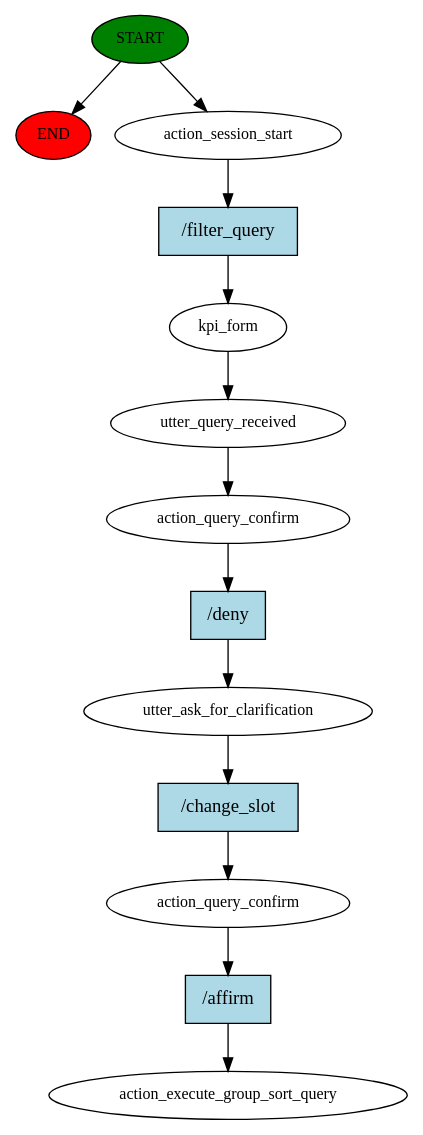
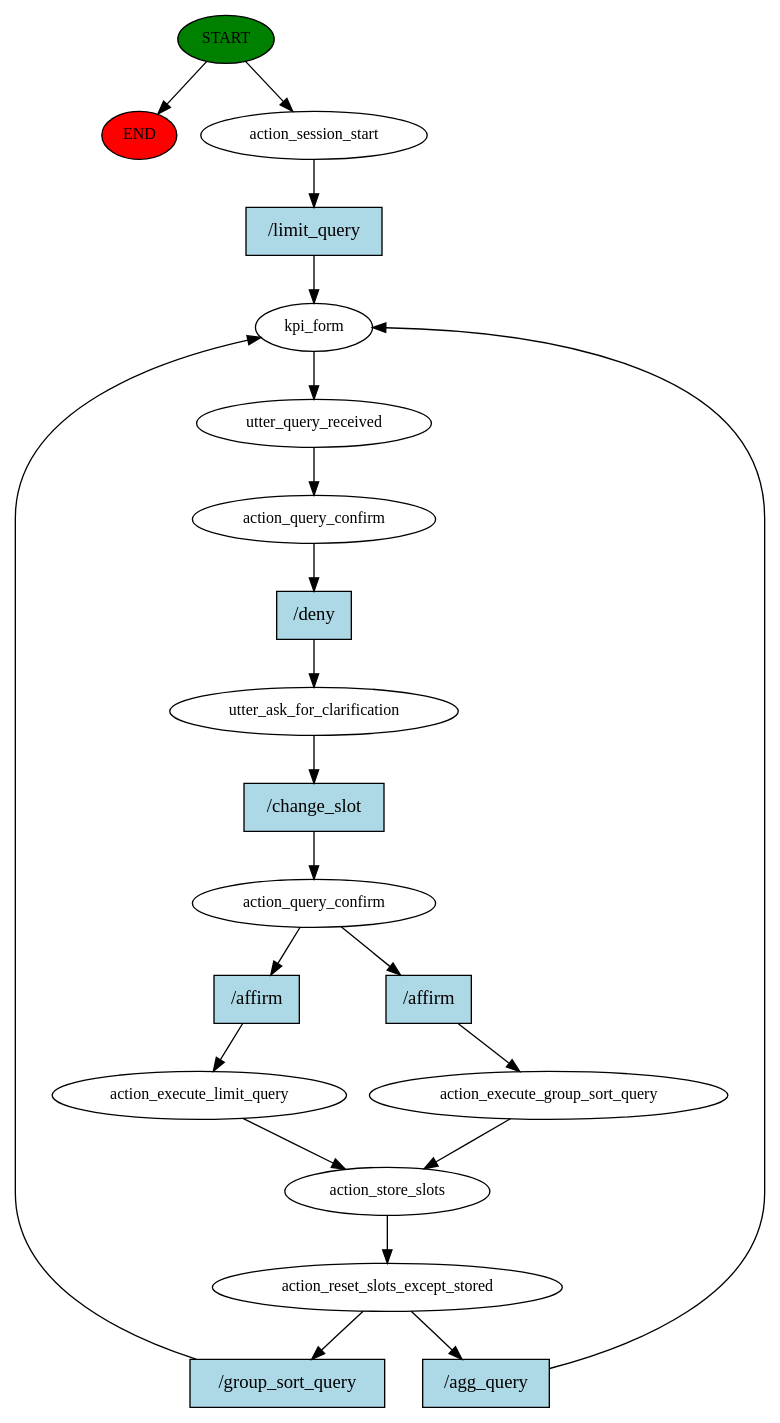
Before and after one commit to yuqiong11/kpichat: the diagram in story_graph.dot, drawn with Graphviz. The commit also changed 21 other files, not shown here.

```diff
--- a/story_graph.dot
+++ b/story_graph.dot
@@ -1,27 +1,42 @@
 digraph  {
 0 [class="start active", fillcolor=green, fontsize=12, label=START, style=filled];
 "-1" [class=end, fillcolor=red, fontsize=12, label=END, style=filled];
 1 [class=active, fontsize=12, label=action_session_start];
 2 [class=active, fontsize=12, label=kpi_form];
 3 [class=active, fontsize=12, label=utter_query_received];
 4 [class=active, fontsize=12, label=action_query_confirm];
 5 [class=active, fontsize=12, label=utter_ask_for_clarification];
 6 [class=active, fontsize=12, label=action_query_confirm];
-7 [class="dashed active", fontsize=12, label=action_execute_group_sort_query];
-8 [class="intent active", fillcolor=lightblue, label="/filter_query", shape=rect, style=filled];
-9 [class="intent active", fillcolor=lightblue, label="/deny", shape=rect, style=filled];
-10 [class="intent active", fillcolor=lightblue, label="/change_slot", shape=rect, style=filled];
-11 [class="intent active", fillcolor=lightblue, label="/affirm", shape=rect, style=filled];
+7 [class=active, fontsize=12, label=action_execute_limit_query];
+8 [class=active, fontsize=12, label=action_store_slots];
+9 [class=active, fontsize=12, label=action_reset_slots_except_stored];
+15 [class="active dashed", fontsize=12, label=action_execute_group_sort_query];
+24 [class="intent active", fillcolor=lightblue, label="/limit_query", shape=rect, style=filled];
+25 [class="intent active", fillcolor=lightblue, label="/deny", shape=rect, style=filled];
+26 [class="intent active", fillcolor=lightblue, label="/change_slot", shape=rect, style=filled];
+27 [class="intent active", fillcolor=lightblue, label="/affirm", shape=rect, style=filled];
+28 [class="intent active", fillcolor=lightblue, label="/affirm", shape=rect, style=filled];
+29 [class="intent active", fillcolor=lightblue, label="/group_sort_query", shape=rect, style=filled];
+30 [class="intent active", fillcolor=lightblue, label="/agg_query", shape=rect, style=filled];
 0 -> "-1"  [class="", key=NONE, label=""];
 0 -> 1  [class=active, key=NONE, label=""];
-1 -> 8  [class=active, key=0];
+1 -> 24  [class=active, key=0];
 2 -> 3  [class=active, key=NONE, label=""];
 3 -> 4  [class=active, key=NONE, label=""];
-4 -> 9  [class=active, key=0];
-5 -> 10  [class=active, key=0];
-6 -> 11  [class=active, key=0];
-8 -> 2  [class=active, key=0];
-9 -> 5  [class=active, key=0];
-10 -> 6  [class=active, key=0];
-11 -> 7  [class=active, key=0];
+4 -> 25  [class=active, key=0];
+5 -> 26  [class=active, key=0];
+6 -> 27  [class=active, key=0];
+6 -> 28  [class=active, key=0];
+7 -> 8  [class=active, key=NONE, label=""];
+8 -> 9  [class=active, key=NONE, label=""];
+9 -> 29  [class=active, key=0];
+9 -> 30  [class=active, key=0];
+15 -> 8  [class=active, key=NONE, label=""];
+24 -> 2  [class=active, key=0];
+25 -> 5  [class=active, key=0];
+26 -> 6  [class=active, key=0];
+27 -> 7  [class=active, key=0];
+28 -> 15  [class=active, key=0];
+29 -> 2  [class=active, key=0];
+30 -> 2  [class=active, key=0];
 }
```
